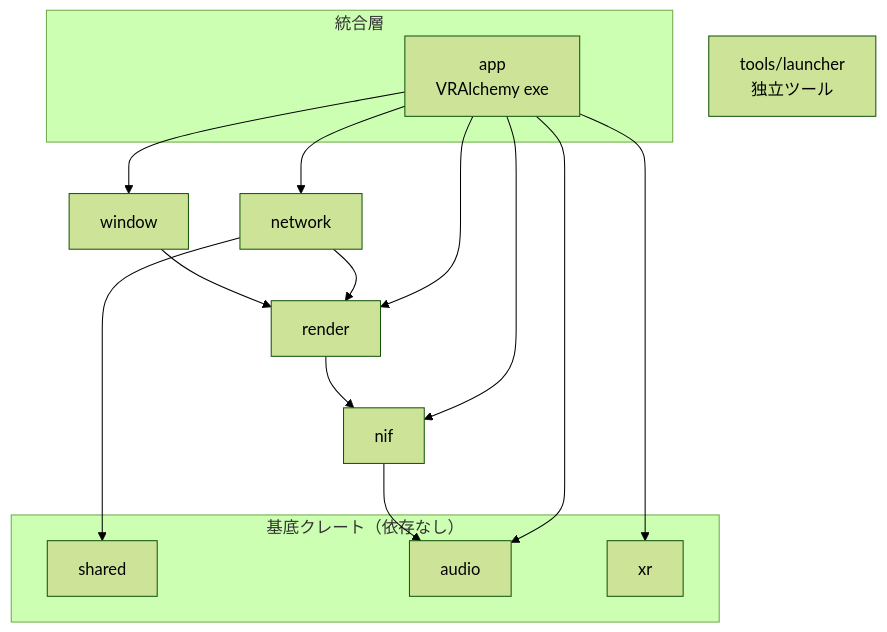
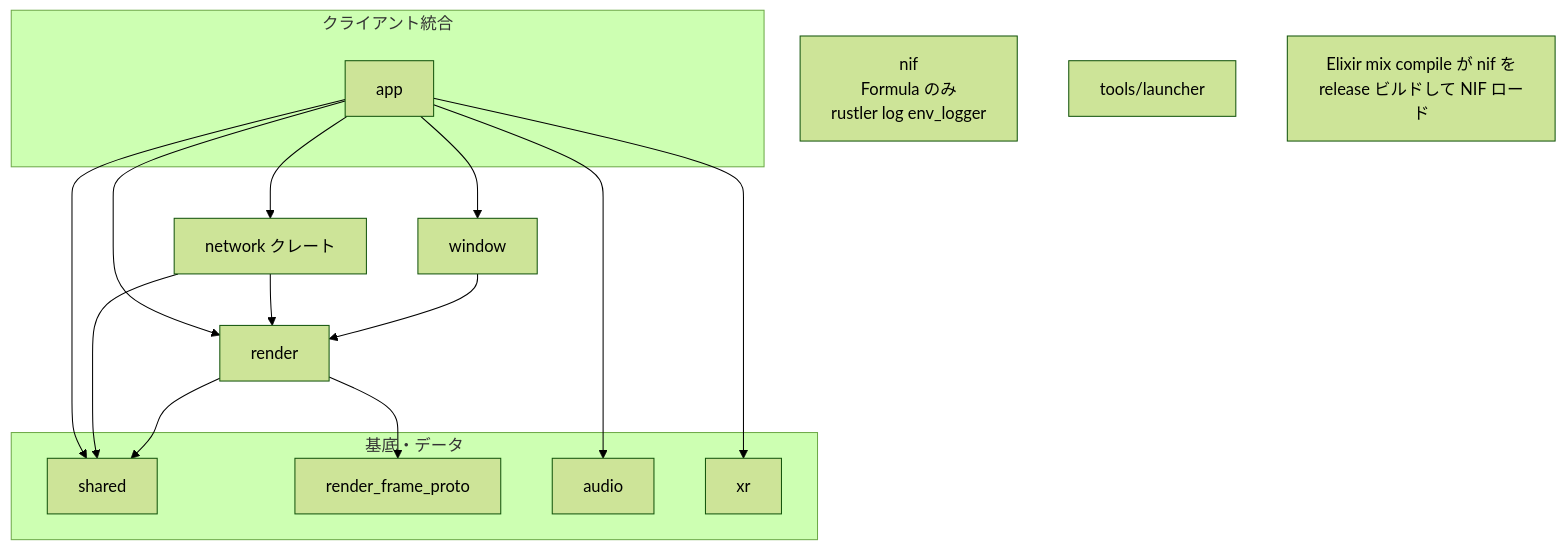
One commit to FRICK-ELDY/alchemy-engine changed the second of 9 diagrams in docs/architecture/overview.md. Above: the diagram before and after it, drawn with Mermaid (forest theme). The commit also changed other lines of this file and 11 other files, not shown here.

Commit message:
docs(architecture): 現行構成（Formula NIF・Elixir tick・3 コンテンツ）に合わせて更新

````diff
--- a/docs/architecture/overview.md
+++ b/docs/architecture/overview.md
@@ -178,27 +90,32 @@
 ```mermaid
 graph TB
-    subgraph Base["基底クレート（依存なし）"]
+    subgraph Base["基底・データ"]
         SHARED[shared]
+        RFP[render_frame_proto]
         AUDIO[audio]
         XR[xr]
     end
 
-    NIF[nif] --> AUDIO
-    RENDER[render] --> NIF
+    NIF[nif<br/>Formula のみ<br/>rustler log env_logger]
+
+    RENDER[render] --> RFP
+    RENDER --> SHARED
     WINDOW[window] --> RENDER
-    NETWORK[network] --> RENDER
+    NETWORK[network クレート] --> RENDER
     NETWORK --> SHARED
 
-    subgraph App["統合層"]
-        APP[app<br/>VRAlchemy exe]
+    subgraph App["クライアント統合"]
+        APP[app]
     end
 
     APP --> NETWORK
+    APP --> WINDOW
     APP --> RENDER
-    APP --> WINDOW
+    APP --> SHARED
     APP --> XR
-    APP --> NIF
     APP --> AUDIO
 
-    LAUNCHER[tools/launcher<br/>独立ツール]
+    LAUNCHER[tools/launcher]
+
+    Note1[Elixir mix compile が nif を<br/>release ビルドして NIF ロード]
 ```
````
